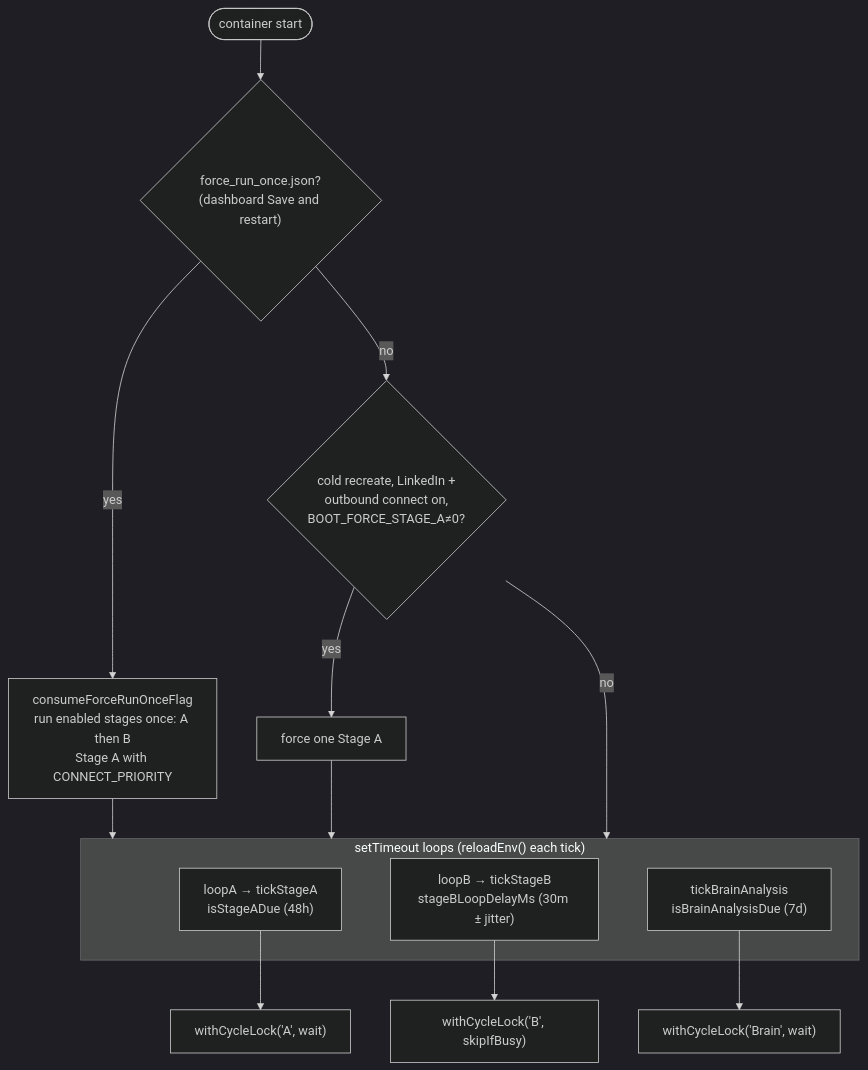
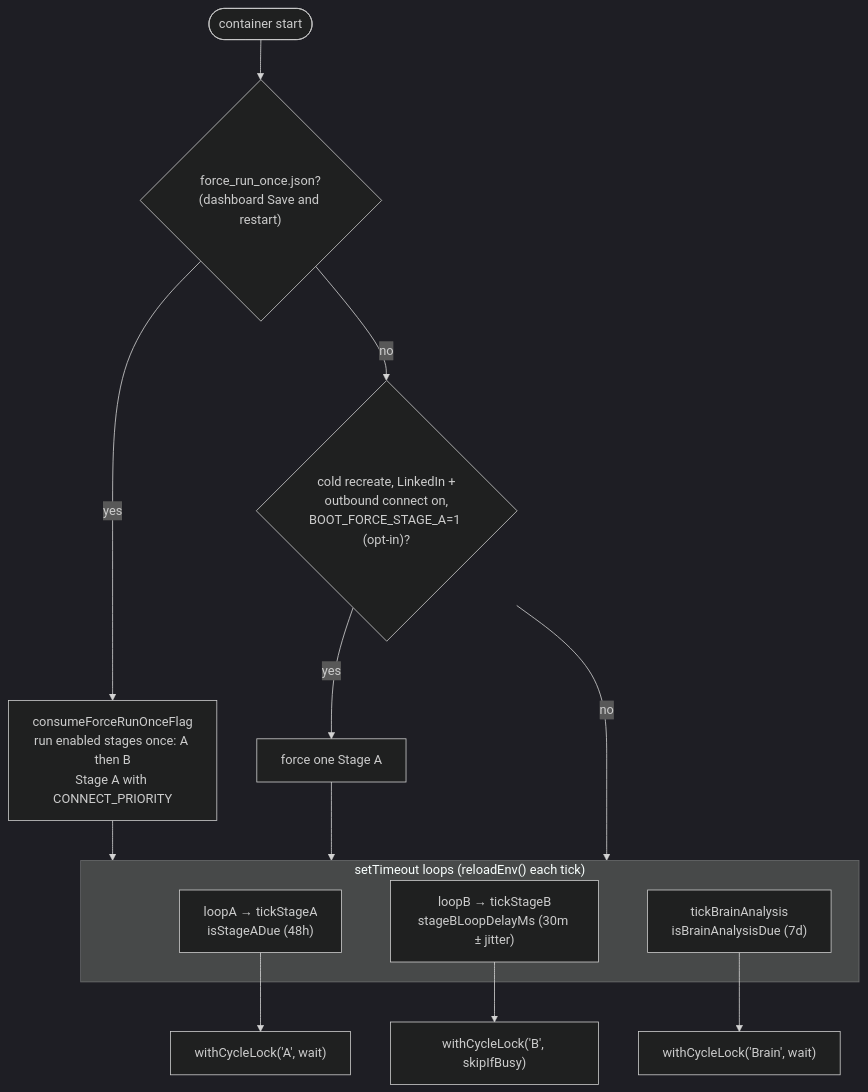
The first of 3 diagrams in docs/architecture/scheduler-session.md (waffiman/H.A.L.O.), drawn with Mermaid (dark theme) before and after one commit. The commit also changed 58 other files, not shown here.

````diff
--- a/docs/architecture/scheduler-session.md
+++ b/docs/architecture/scheduler-session.md
@@ -10,19 +10,19 @@
 ```mermaid
 flowchart TD
   Boot(["container start"]) --> Flag{"force_run_once.json?<br/>(dashboard Save and restart)"}
   Flag -->|yes| Once["consumeForceRunOnceFlag<br/>run enabled stages once: A then B<br/>Stage A with CONNECT_PRIORITY"]
-  Flag -->|no| Cold{"cold recreate, LinkedIn +<br/>outbound connect on,<br/>BOOT_FORCE_STAGE_A≠0?"}
+  Flag -->|no| Cold{"cold recreate, LinkedIn +<br/>outbound connect on,<br/>BOOT_FORCE_STAGE_A=1 (opt-in)?"}
   Cold -->|yes| ForceA["force one Stage A"]
   Cold -->|no| Loops
   Once --> Loops
   ForceA --> Loops
 
   subgraph Loops["setTimeout loops (reloadEnv() each tick)"]
     LA["loopA → tickStageA<br/>isStageADue (48h)"]
     LB["loopB → tickStageB<br/>stageBLoopDelayMs (30m ± jitter)"]
     LBr["tickBrainAnalysis<br/>isBrainAnalysisDue (7d)"]
   end
   LA --> LockA["withCycleLock('A', wait)"]
   LB --> LockB["withCycleLock('B', skipIfBusy)"]
   LBr --> LockBr["withCycleLock('Brain', wait)"]
 ```
````
